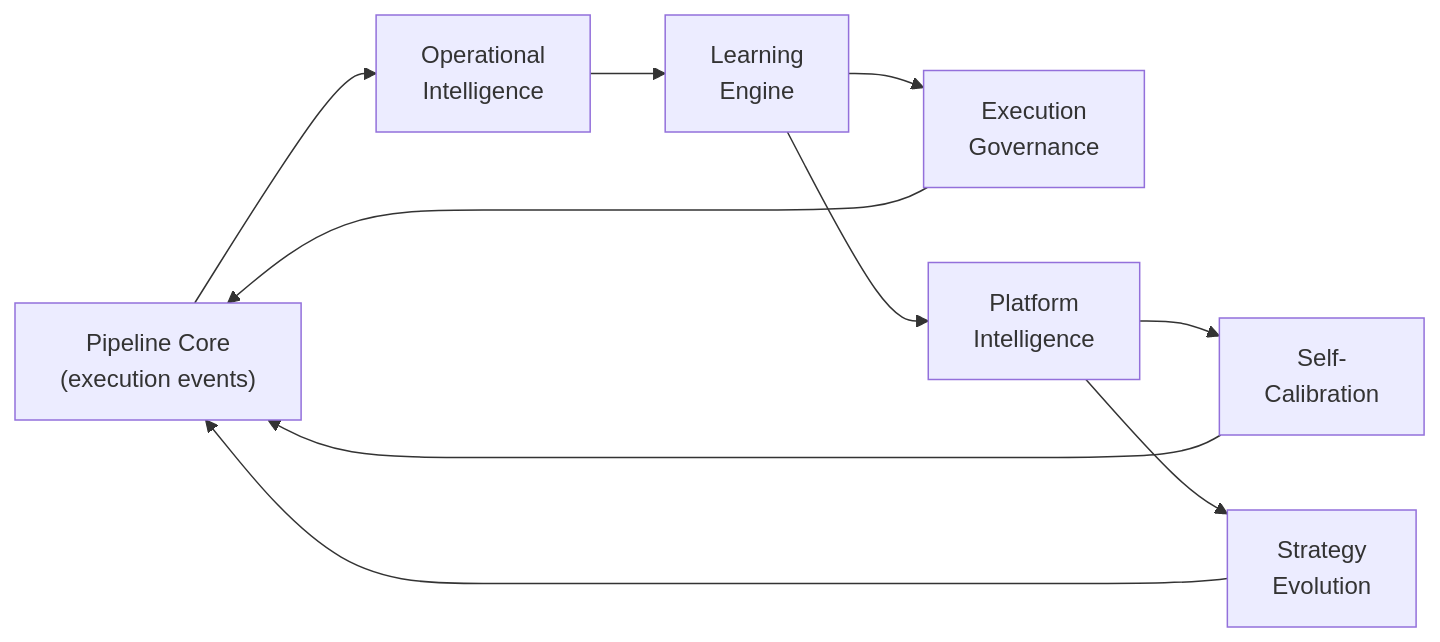
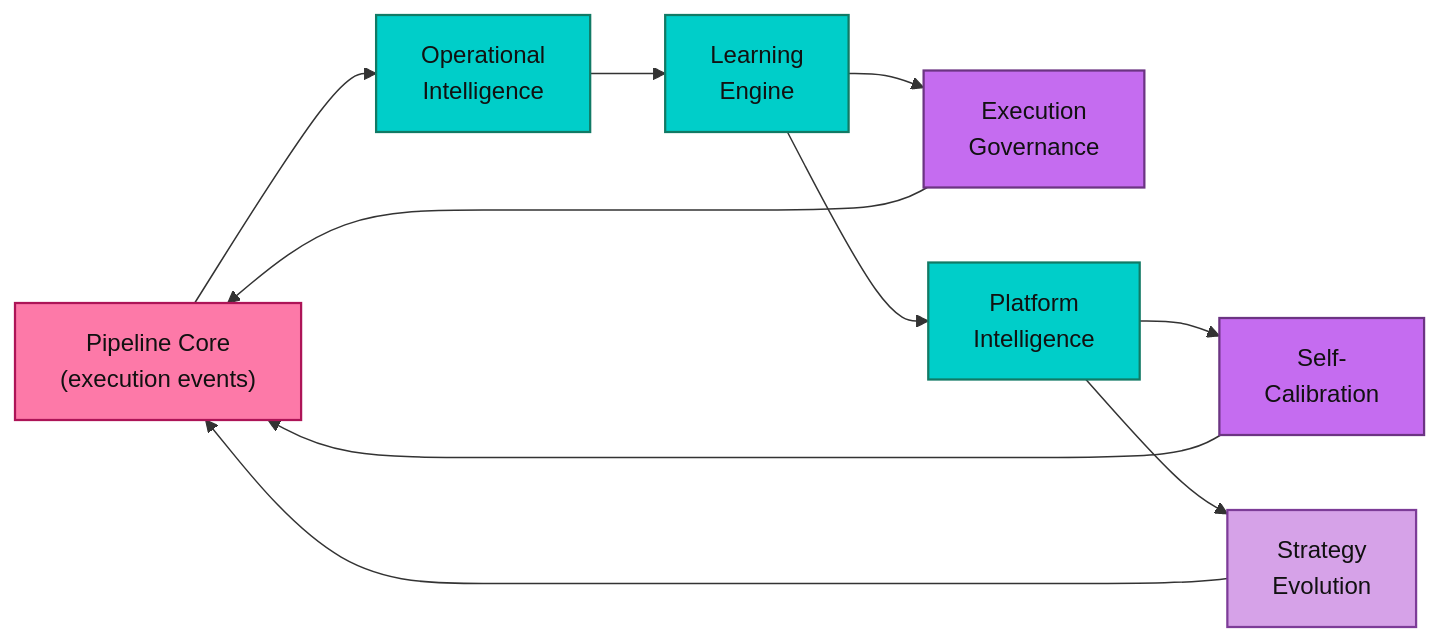
Before and after one commit to zansued/axionos: the tenth of 10 diagrams in docs/ARCHITECTURE.md, drawn with Mermaid.

Commit message:
Preceding changes

````diff
--- a/docs/ARCHITECTURE.md
+++ b/docs/ARCHITECTURE.md
@@ -685,12 +685,17 @@
 ```mermaid
 flowchart LR
-    Pipeline["Pipeline Core\n(execution events)"] --> OI["Operational\nIntelligence"]
-    OI --> Learn["Learning\nEngine"]
-    Learn --> Gov["Execution\nGovernance"]
+    Pipeline["Pipeline Core\n(execution events)"]:::runtime --> OI["Operational\nIntelligence"]:::intelligence
+    OI --> Learn["Learning\nEngine"]:::intelligence
+    Learn --> Gov["Execution\nGovernance"]:::governance
     Gov --> Pipeline
-    Learn --> PI["Platform\nIntelligence"]
-    PI --> Calib["Self-\nCalibration"]
-    PI --> Strat["Strategy\nEvolution"]
+    Learn --> PI["Platform\nIntelligence"]:::intelligence
+    PI --> Calib["Self-\nCalibration"]:::governance
+    PI --> Strat["Strategy\nEvolution"]:::strategic
     Calib --> Pipeline
     Strat --> Pipeline
+
+    classDef runtime fill:#FD79A8,stroke:#AD1457,color:#111,stroke-width:1.5px;
+    classDef intelligence fill:#00CEC9,stroke:#117A65,color:#111,stroke-width:1.5px;
+    classDef governance fill:#C56CF0,stroke:#6C3483,color:#111,stroke-width:1.5px;
+    classDef strategic fill:#D6A2E8,stroke:#7D3C98,color:#111,stroke-width:1.5px;
 ```
````
